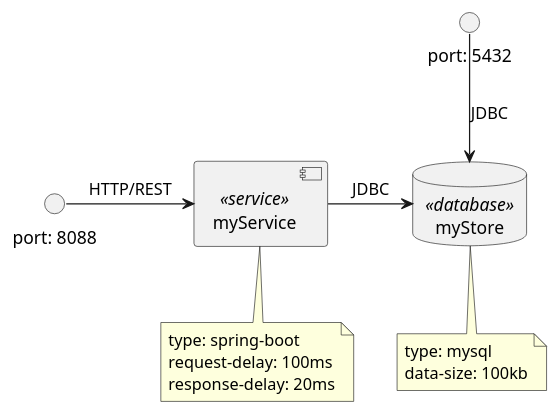
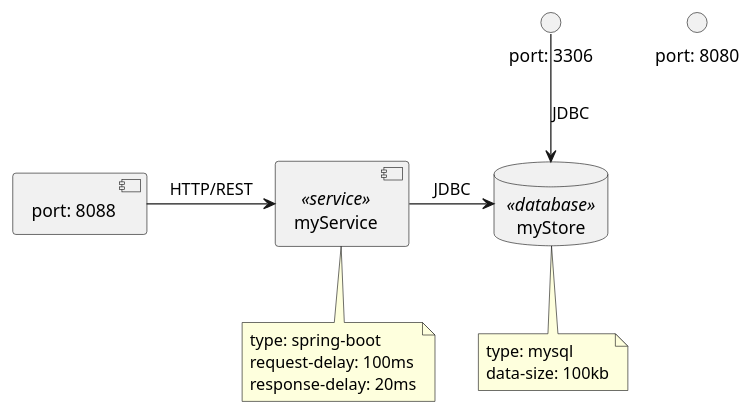
One commit to iteratec/microzoo changed the diagram in scenarios/minimal.puml. Above: the diagram before and after it, drawn with PlantUML.

Commit message:
Fixed ports

```diff
--- a/scenarios/minimal.puml
+++ b/scenarios/minimal.puml
@@ -1,23 +1,23 @@
 @startuml
 
 database "myStore" <<database>>
 note bottom of "myStore" {
     type: mysql
     data-size: 100kb
 }
 
 component "myService" <<service>>
 note bottom of "myService" {
     type: spring-boot
     request-delay: 100ms
     response-delay: 20ms
 }
 
-interface "port: 8088"
-interface "port: 5432"
+interface "port: 8080"
+interface "port: 3306"
 
 [myService] -> [myStore]: JDBC
 [port: 8088] -> [myService]: HTTP/REST
-[port: 5432] --> [myStore]: JDBC
+[port: 3306] --> [myStore]: JDBC
 
 @enduml
```
